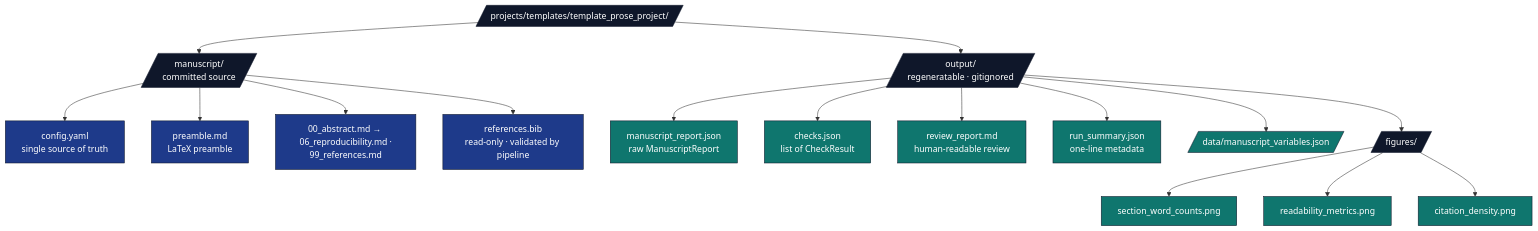
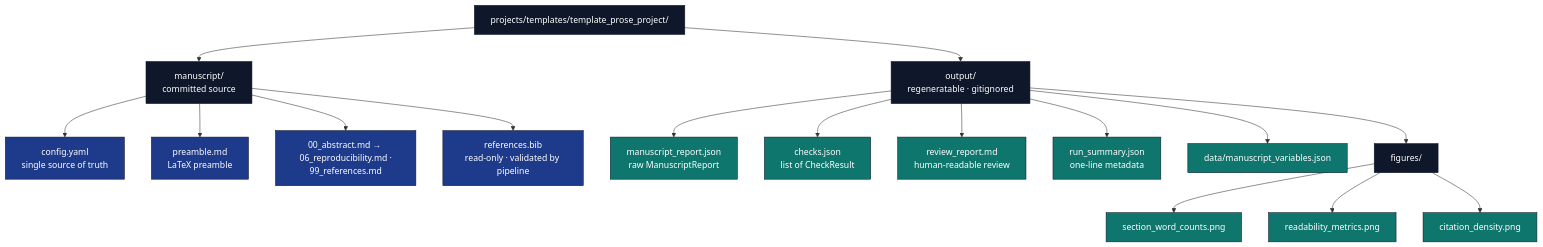
Before and after one commit to docxology/template: the diagram in projects/templates/template_prose_project/docs/output_conventions.md, drawn with Mermaid. The commit also changed 94 other files, not shown here.

````diff
--- a/projects/templates/template_prose_project/docs/output_conventions.md
+++ b/projects/templates/template_prose_project/docs/output_conventions.md
@@ -8,29 +8,29 @@
 ```mermaid
 flowchart TB
-    P[/projects/templates/template_prose_project//]
-    P --> M[/manuscript/<br/>committed source/]
-    P --> OUT[/output/<br/>regeneratable · gitignored/]
+    P[projects/templates/template_prose_project/]
+    P --> M[manuscript/<br/>committed source]
+    P --> OUT[output/<br/>regeneratable · gitignored]
 
     M --> M_CFG[config.yaml<br/>single source of truth]
     M --> M_PRE[preamble.md<br/>LaTeX preamble]
     M --> M_S[00_abstract.md → 06_reproducibility.md ·<br/>99_references.md]
     M --> M_BIB[references.bib<br/>read-only · validated by pipeline]
 
     OUT --> O_REP[manuscript_report.json<br/>raw ManuscriptReport]
     OUT --> O_CK[checks.json<br/>list of CheckResult]
     OUT --> O_RR[review_report.md<br/>human-readable review]
     OUT --> O_RS[run_summary.json<br/>one-line metadata]
-    OUT --> O_DATA[/data/manuscript_variables.json/]
-    OUT --> O_FIG[/figures//]
+    OUT --> O_DATA[data/manuscript_variables.json]
+    OUT --> O_FIG[figures/]
 
     O_FIG --> F1[section_word_counts.png]
     O_FIG --> F2[readability_metrics.png]
     O_FIG --> F3[citation_density.png]
 
     classDef d fill:#0f172a,stroke:#0f172a,color:#fff
     classDef src fill:#1e3a8a,stroke:#0f172a,color:#fff
     classDef gen fill:#0f766e,stroke:#0f172a,color:#fff
     class P,M,OUT,O_FIG d
     class M_CFG,M_PRE,M_S,M_BIB src
     class O_REP,O_CK,O_RR,O_RS,O_DATA,F1,F2,F3 gen
 ```
````
